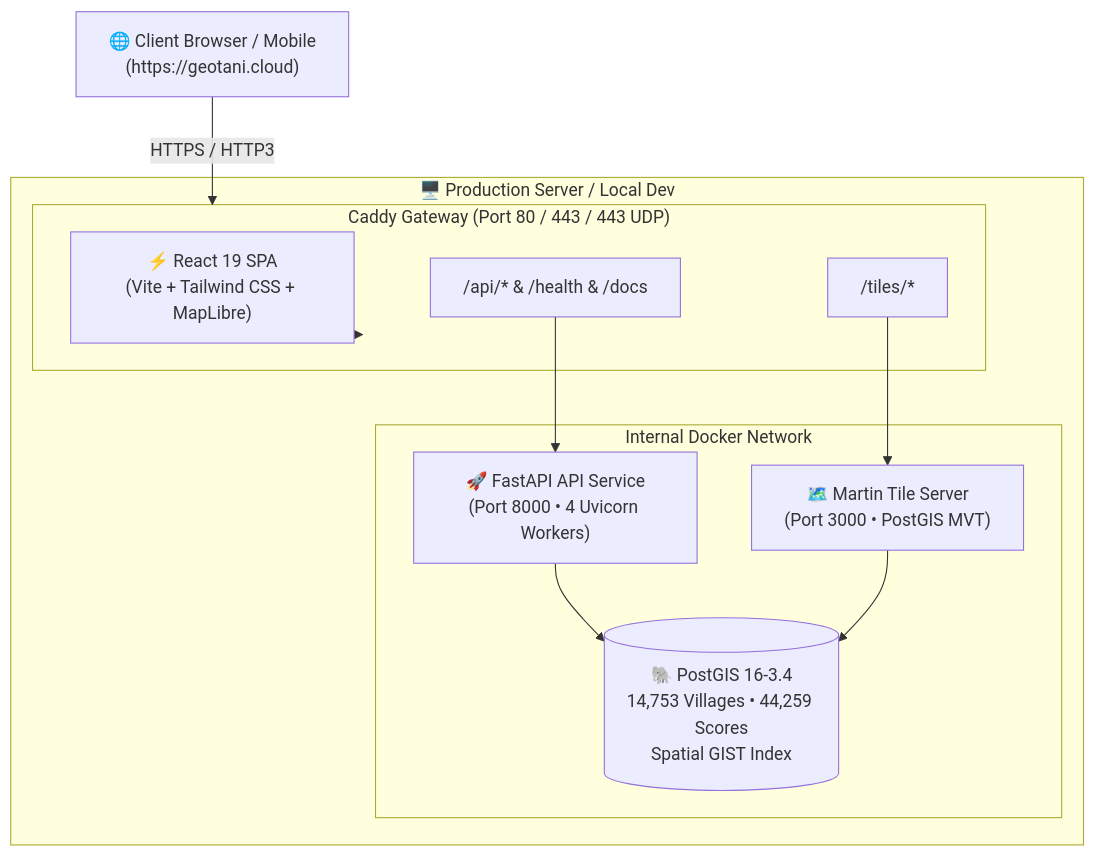
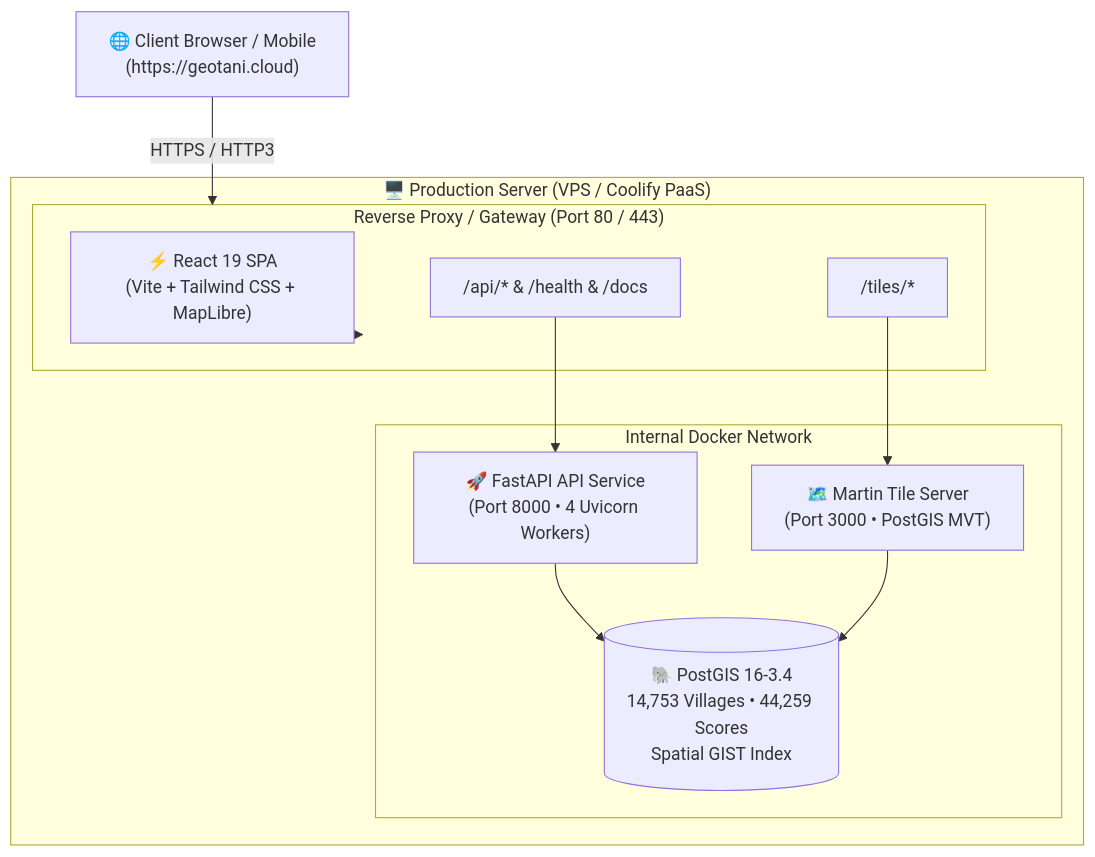
Before and after one commit to robitalhazmi/geotani: the diagram in README.md, drawn with Mermaid. The commit also changed other lines of this file and 1 other file, not shown here.

Commit message:
docs: update README and deployment guide with Coolify PaaS, ETL seeding, and disk optimization workflows

````diff
--- a/README.md
+++ b/README.md
@@ -37,25 +39,25 @@
 ```mermaid
 flowchart TD
     Client["🌐 Client Browser / Mobile\n(https://geotani.cloud)"]
 
-    subgraph VPS["🖥️ Production Server / Local Dev"]
-        subgraph Gateway["Caddy Gateway (Port 80 / 443 / 443 UDP)"]
+    subgraph Server["🖥️ Production Server (VPS / Coolify PaaS)"]
+        subgraph Gateway["Reverse Proxy / Gateway (Port 80 / 443)"]
             Static["⚡ React 19 SPA\n(Vite + Tailwind CSS + MapLibre)"]
             ProxyAPI["/api/* & /health & /docs"]
             ProxyTiles["/tiles/*"]
         end
 
         subgraph DockerNetwork["Internal Docker Network"]
             FastAPI["🚀 FastAPI API Service\n(Port 8000 • 4 Uvicorn Workers)"]
             Martin["🗺️ Martin Tile Server\n(Port 3000 • PostGIS MVT)"]
             PostGIS[("🐘 PostGIS 16-3.4\n14,753 Villages • 44,259 Scores\nSpatial GIST Index")]
         end
     end
 
     Client -->|HTTPS / HTTP3| Gateway
     Gateway --> Static
     ProxyAPI --> FastAPI
     ProxyTiles --> Martin
     FastAPI --> PostGIS
     Martin --> PostGIS
 ```
````
